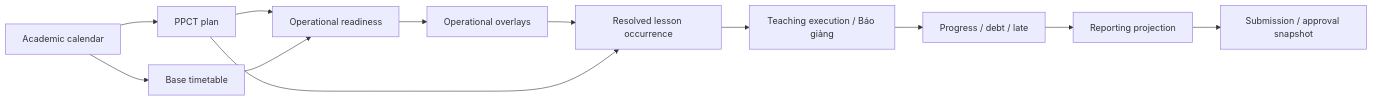
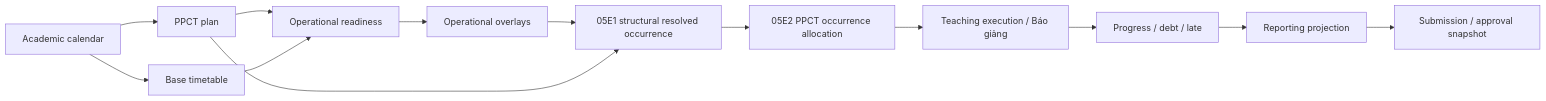
The first of 2 diagrams in docs/architecture/CORE-BACKEND-ROADMAP.md (hvtnguyenson-code/baogiang-damsan), drawn with Mermaid before and after one commit. The commit also changed other lines of this file and 4 other files, not shown here.

Commit message:
docs(architecture): close structural lesson occurrence model

````diff
--- a/docs/architecture/CORE-BACKEND-ROADMAP.md
+++ b/docs/architecture/CORE-BACKEND-ROADMAP.md
@@ -11,14 +11,15 @@
 ```mermaid
 flowchart LR
   CAL["Academic calendar"] --> PPCT["PPCT plan"]
   CAL --> TKB["Base timetable"]
   PPCT --> READY["Operational readiness"]
   TKB --> READY
   READY --> OVERLAY["Operational overlays"]
-  OVERLAY --> OCC["Resolved lesson occurrence"]
+  OVERLAY --> OCC["05E1 structural resolved occurrence"]
   PPCT --> OCC
-  OCC --> EXEC["Teaching execution / Báo giảng"]
+  OCC --> ALLOC["05E2 PPCT occurrence allocation"]
+  ALLOC --> EXEC["Teaching execution / Báo giảng"]
   EXEC --> PROG["Progress / debt / late"]
   PROG --> REPORT["Reporting projection"]
   REPORT --> SNAP["Submission / approval snapshot"]
 ```
````
